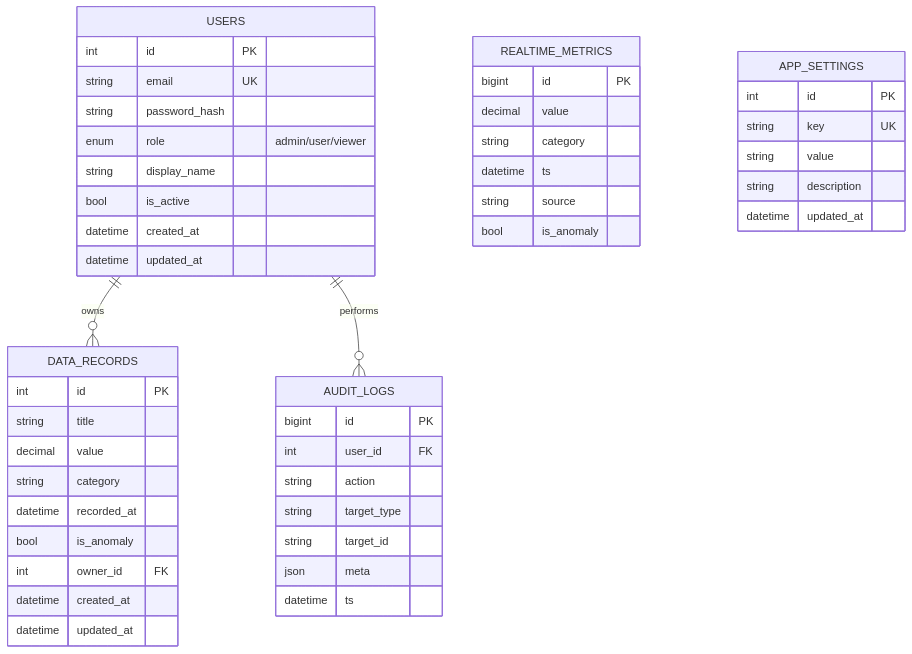
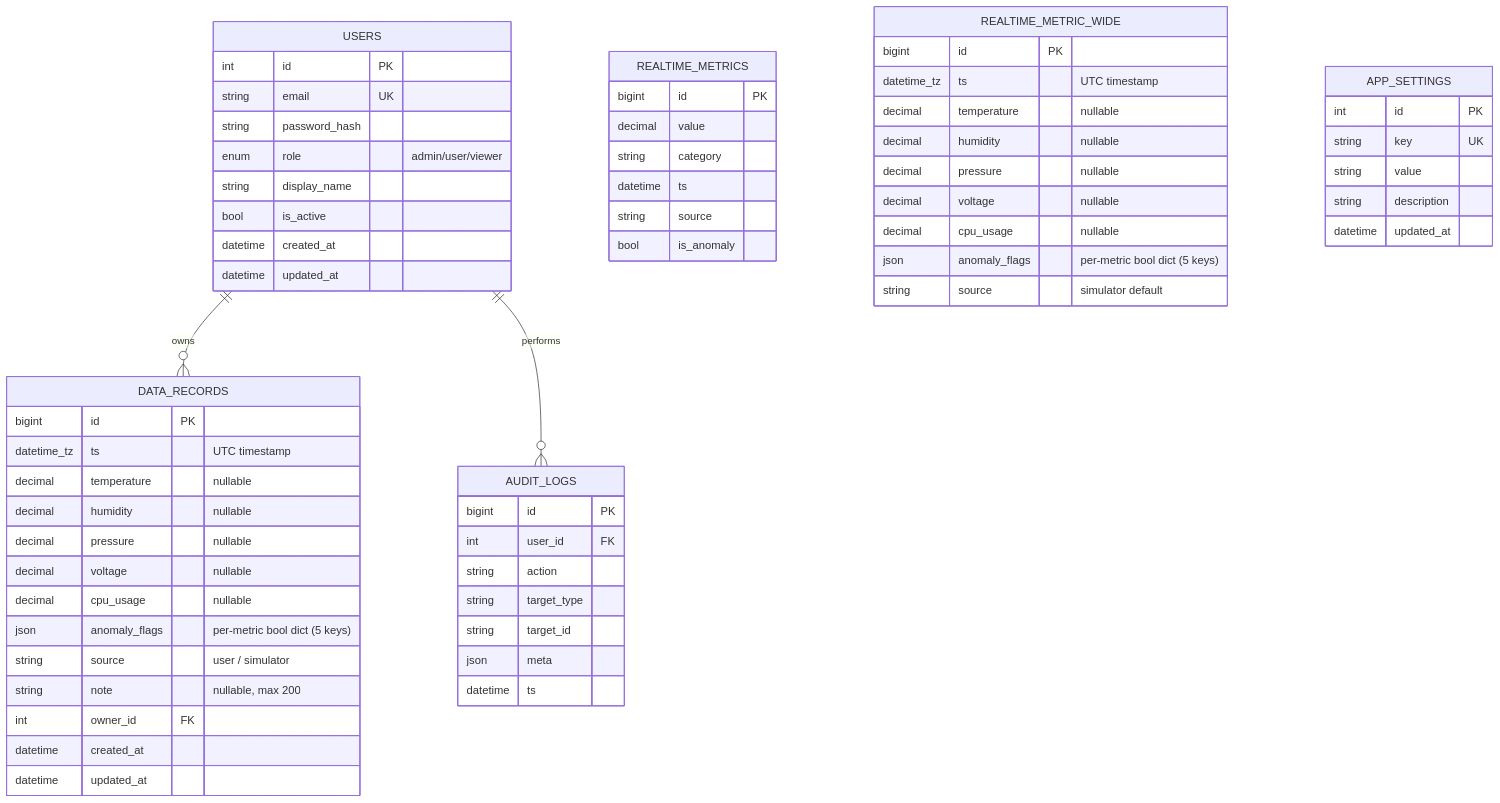
One commit to DennisPai/Wiwynn_test_Real-time-data-analysis-and-monitoring-system changed the third of 4 diagrams in docs/architecture.md. Above: the diagram before and after it, drawn with Mermaid. The commit also changed other lines of this file and 1 other file, not shown here.

First line of the commit message:
docs: update README + architecture for wide schema

````diff
--- a/docs/architecture.md
+++ b/docs/architecture.md
@@ -73,51 +75,66 @@
 ```mermaid
 erDiagram
     USERS ||--o{ DATA_RECORDS : "owns"
     USERS ||--o{ AUDIT_LOGS : "performs"
 
     USERS {
         int id PK
         string email UK
         string password_hash
         enum role "admin/user/viewer"
         string display_name
         bool is_active
         datetime created_at
         datetime updated_at
     }
     DATA_RECORDS {
-        int id PK
-        string title
-        decimal value
-        string category
-        datetime recorded_at
-        bool is_anomaly
+        bigint id PK
+        datetime_tz ts "UTC timestamp"
+        decimal temperature "nullable"
+        decimal humidity "nullable"
+        decimal pressure "nullable"
+        decimal voltage "nullable"
+        decimal cpu_usage "nullable"
+        json anomaly_flags "per-metric bool dict (5 keys)"
+        string source "user / simulator"
+        string note "nullable, max 200"
         int owner_id FK
         datetime created_at
         datetime updated_at
     }
     REALTIME_METRICS {
         bigint id PK
         decimal value
         string category
         datetime ts
         string source
         bool is_anomaly
+    }
+    REALTIME_METRIC_WIDE {
+        bigint id PK
+        datetime_tz ts "UTC timestamp"
+        decimal temperature "nullable"
+        decimal humidity "nullable"
+        decimal pressure "nullable"
+        decimal voltage "nullable"
+        decimal cpu_usage "nullable"
+        json anomaly_flags "per-metric bool dict (5 keys)"
+        string source "simulator default"
     }
     AUDIT_LOGS {
         bigint id PK
         int user_id FK
         string action
         string target_type
         string target_id
         json meta
         datetime ts
     }
     APP_SETTINGS {
         int id PK
         string key UK
         string value
         string description
         datetime updated_at
     }
 ```
````
